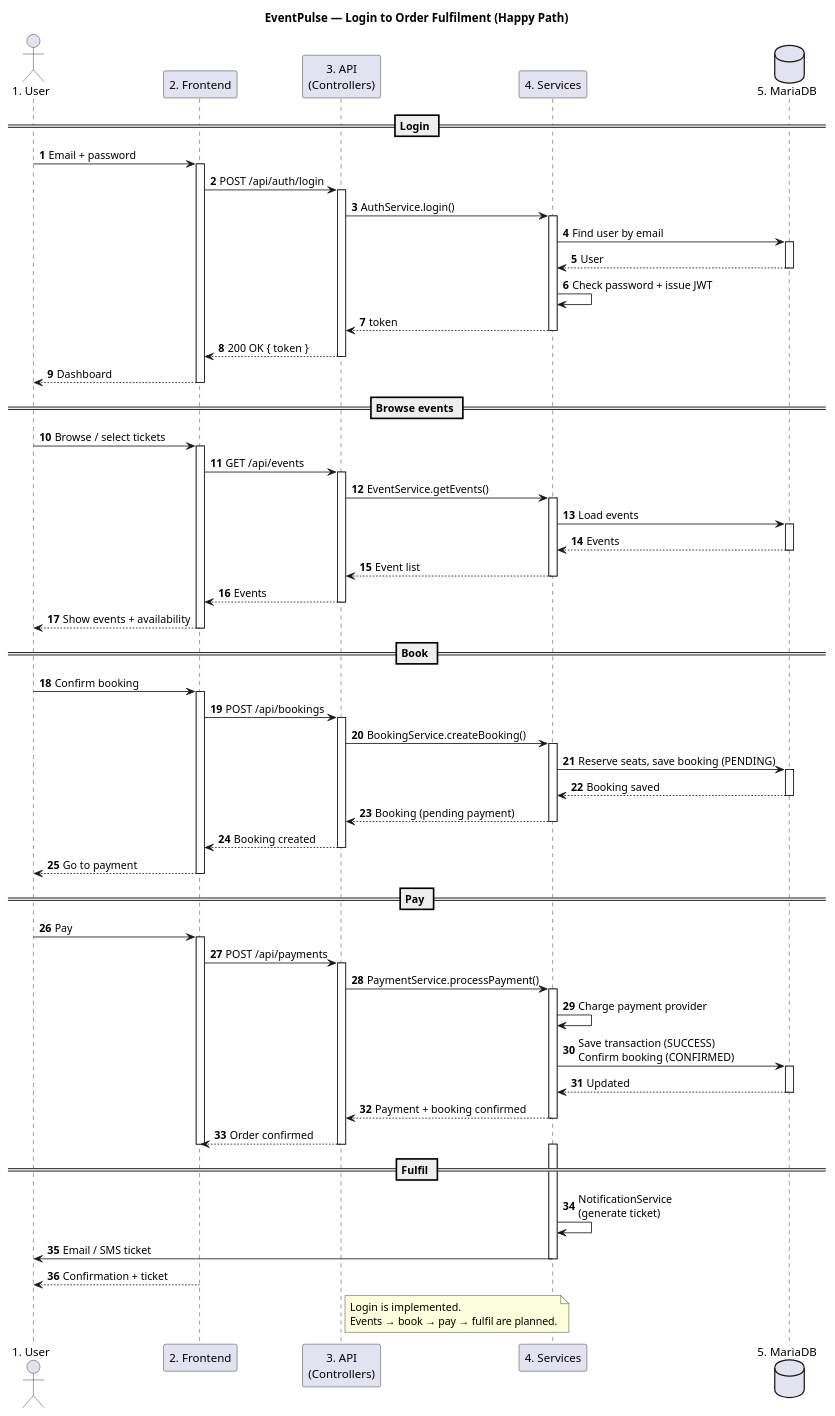
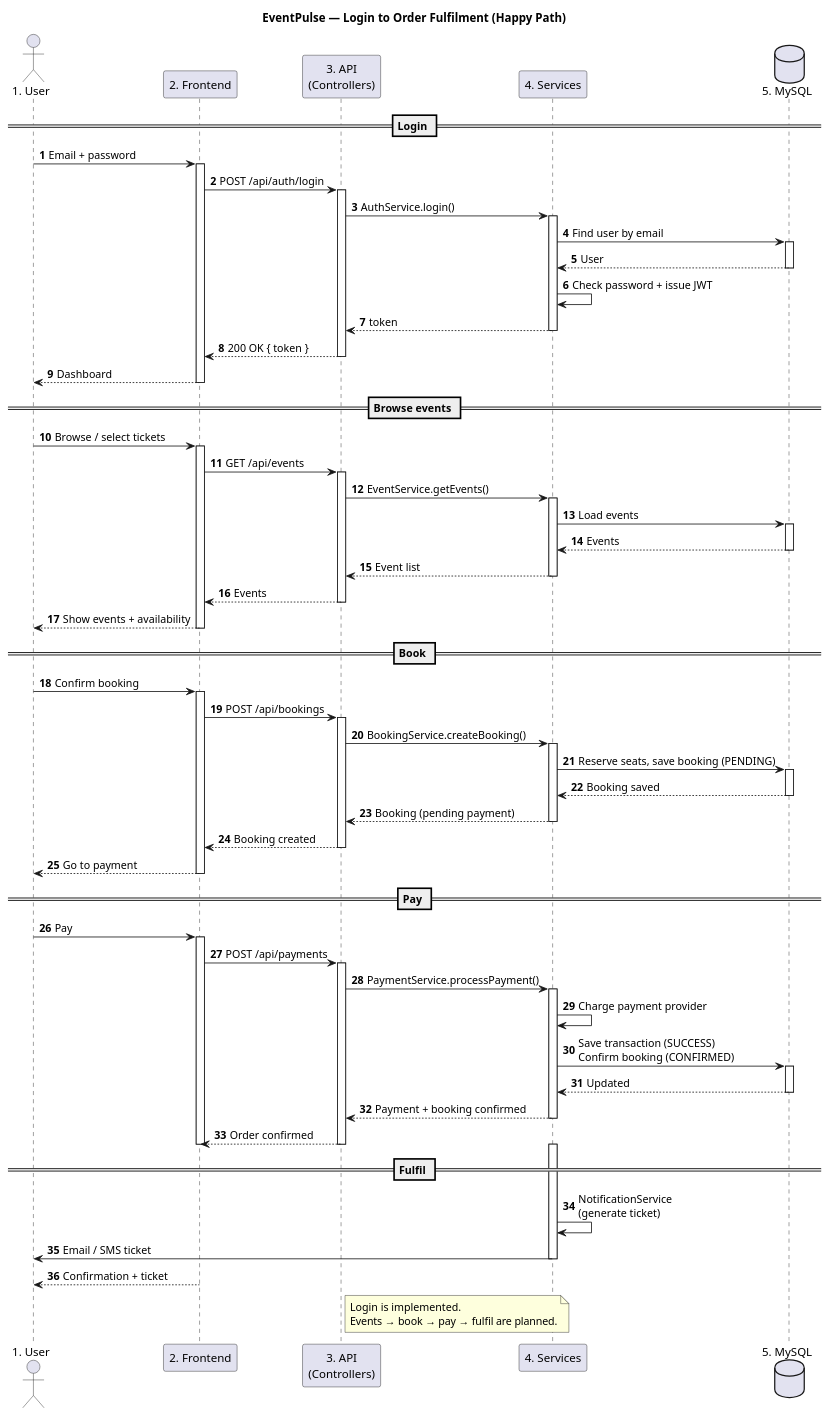
Before and after one commit to victor-butita/eventpulse-api: the diagram in docs/eventpulse_login_to_fulfilment_monolith.puml, drawn with PlantUML. The commit also changed 11 other files, not shown here.

First line of the commit message:
fix: switch from MariaDB JDBC to MySQL Connector/J

```diff
--- a/docs/eventpulse_login_to_fulfilment_monolith.puml
+++ b/docs/eventpulse_login_to_fulfilment_monolith.puml
@@ -1,98 +1,98 @@
 @startuml EventPulse_Login_To_Fulfilment_Monolith
 
 title EventPulse — Login to Order Fulfilment (Happy Path)
 
 autonumber "<b>##</b>"
 
 actor "1. User" as User
 participant "2. Frontend" as UI
 participant "3. API\n(Controllers)" as API
 participant "4. Services" as SVC
-database "5. MariaDB" as DB
+database "5. MySQL" as DB
 
 == Login ==
 User -> UI : Email + password
 activate UI
 UI -> API : POST /api/auth/login
 activate API
 API -> SVC : AuthService.login()
 activate SVC
 SVC -> DB : Find user by email
 activate DB
 DB --> SVC : User
 deactivate DB
 SVC -> SVC : Check password + issue JWT
 SVC --> API : token
 deactivate SVC
 API --> UI : 200 OK { token }
 deactivate API
 UI --> User : Dashboard
 deactivate UI
 
 == Browse events ==
 User -> UI : Browse / select tickets
 activate UI
 UI -> API : GET /api/events
 activate API
 API -> SVC : EventService.getEvents()
 activate SVC
 SVC -> DB : Load events
 activate DB
 DB --> SVC : Events
 deactivate DB
 SVC --> API : Event list
 deactivate SVC
 API --> UI : Events
 deactivate API
 UI --> User : Show events + availability
 deactivate UI
 
 == Book ==
 User -> UI : Confirm booking
 activate UI
 UI -> API : POST /api/bookings
 activate API
 API -> SVC : BookingService.createBooking()
 activate SVC
 SVC -> DB : Reserve seats, save booking (PENDING)
 activate DB
 DB --> SVC : Booking saved
 deactivate DB
 SVC --> API : Booking (pending payment)
 deactivate SVC
 API --> UI : Booking created
 deactivate API
 UI --> User : Go to payment
 deactivate UI
 
 == Pay ==
 User -> UI : Pay
 activate UI
 UI -> API : POST /api/payments
 activate API
 API -> SVC : PaymentService.processPayment()
 activate SVC
 SVC -> SVC : Charge payment provider
 SVC -> DB : Save transaction (SUCCESS)\nConfirm booking (CONFIRMED)
 activate DB
 DB --> SVC : Updated
 deactivate DB
 SVC --> API : Payment + booking confirmed
 deactivate SVC
 API --> UI : Order confirmed
 deactivate API
 deactivate UI
 
 == Fulfil ==
 activate SVC
 SVC -> SVC : NotificationService\n(generate ticket)
 SVC -> User : Email / SMS ticket
 deactivate SVC
 UI --> User : Confirmation + ticket
 
 note right of API
   Login is implemented.
   Events → book → pay → fulfil are planned.
 end note
 
 @enduml
```
